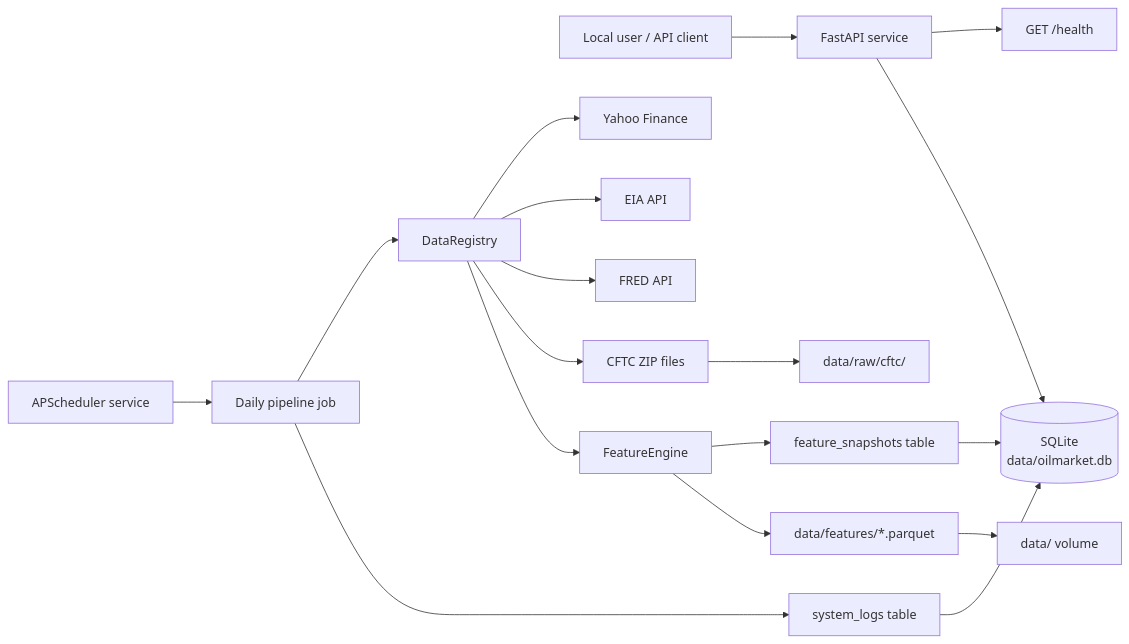
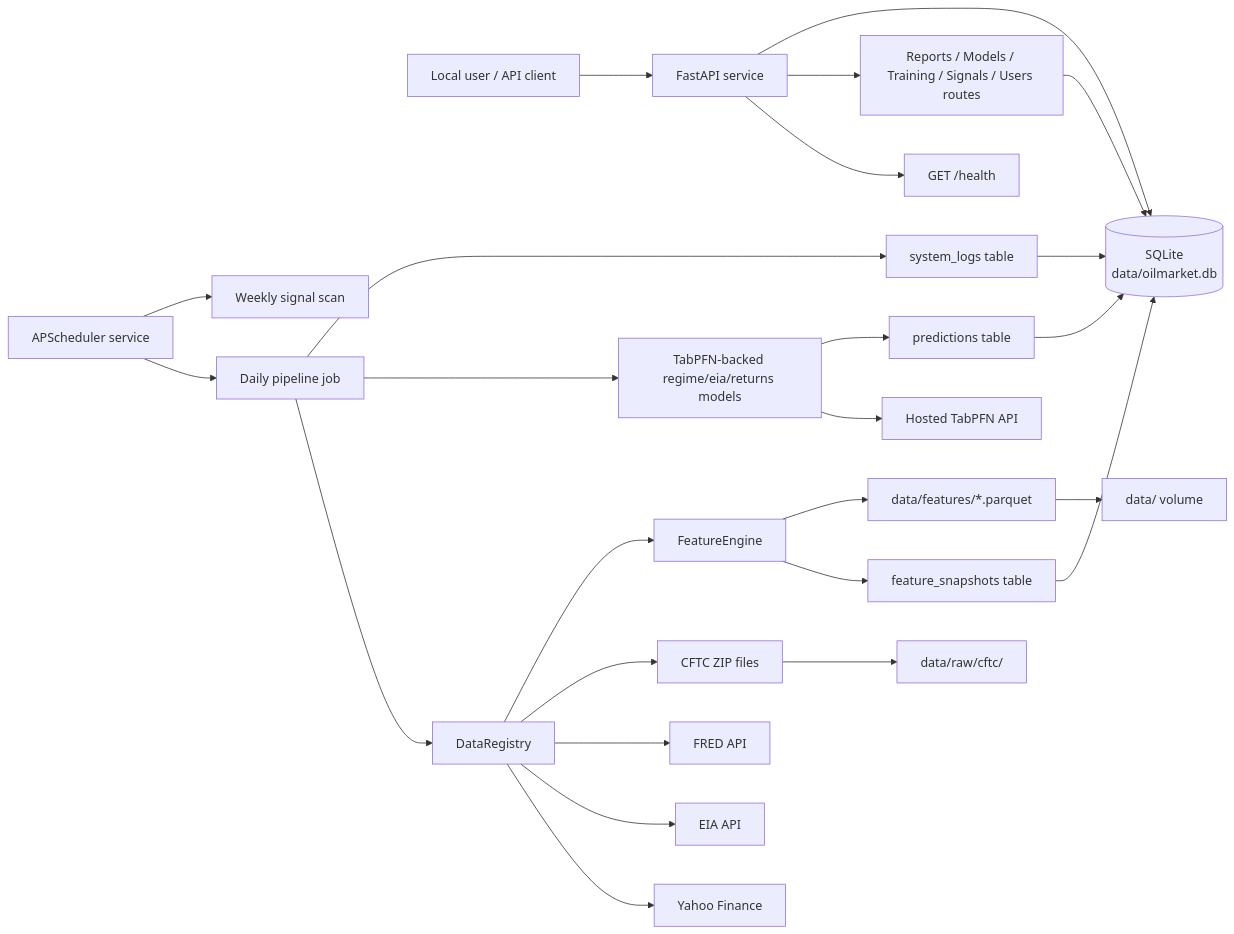
The first of 4 diagrams in docs/architecture.md (skang10/oil-signalyst), drawn with Mermaid before and after one commit. The commit also changed other lines of this file and 1 other file, not shown here.

````diff
--- a/docs/architecture.md
+++ b/docs/architecture.md
@@ -5,24 +11,31 @@
 ```mermaid
 flowchart LR
     User[Local user / API client] --> API[FastAPI service]
     Scheduler[APScheduler service] --> Pipeline[Daily pipeline job]
+    Scheduler --> SignalScan[Weekly signal scan]
 
     API --> Health[GET /health]
+    API --> Reports[Reports / Models / Training / Signals / Users routes]
     API --> DB[(SQLite<br/>data/oilmarket.db)]
 
     Pipeline --> Registry[DataRegistry]
     Registry --> Yahoo[Yahoo Finance]
     Registry --> EIA[EIA API]
     Registry --> FRED[FRED API]
     Registry --> CFTC[CFTC ZIP files]
 
     Registry --> FeatureEngine[FeatureEngine]
     FeatureEngine --> FeatureSnapshot[feature_snapshots table]
     FeatureEngine --> Parquet[data/features/*.parquet]
+    Pipeline --> ML[TabPFN-backed regime/eia/returns models]
+    ML --> TabPFN[Hosted TabPFN API]
+    ML --> Predictions[predictions table]
     Pipeline --> SystemLog[system_logs table]
 
+    Reports --> DB
+    Predictions --> DB
     FeatureSnapshot --> DB
     SystemLog --> DB
     Parquet --> DataDir[data/ volume]
     CFTC --> RawCache[data/raw/cftc/]
 ```
````
